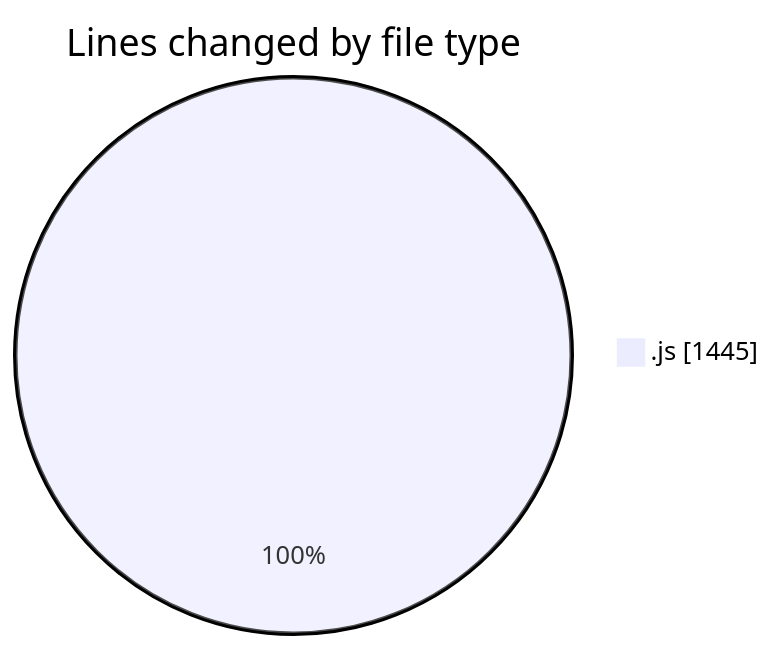
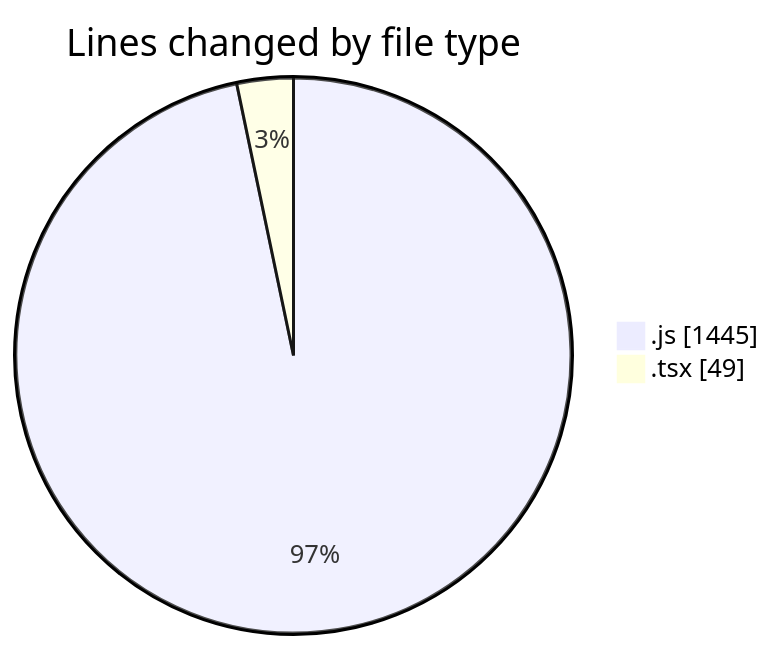
The first of 2 diagrams in 2025-03-13/cda/README.md (momahboobian/code-tracking), drawn with Mermaid before and after one commit. The commit also changed other lines of this file and 1 other file, not shown here.

````diff
--- a/2025-03-13/cda/README.md
+++ b/2025-03-13/cda/README.md
@@ -22,5 +24,6 @@
 ```mermaid
 pie showData
 title Lines changed by file type
 ".js" : 1445
+".tsx" : 49
 ```
````
